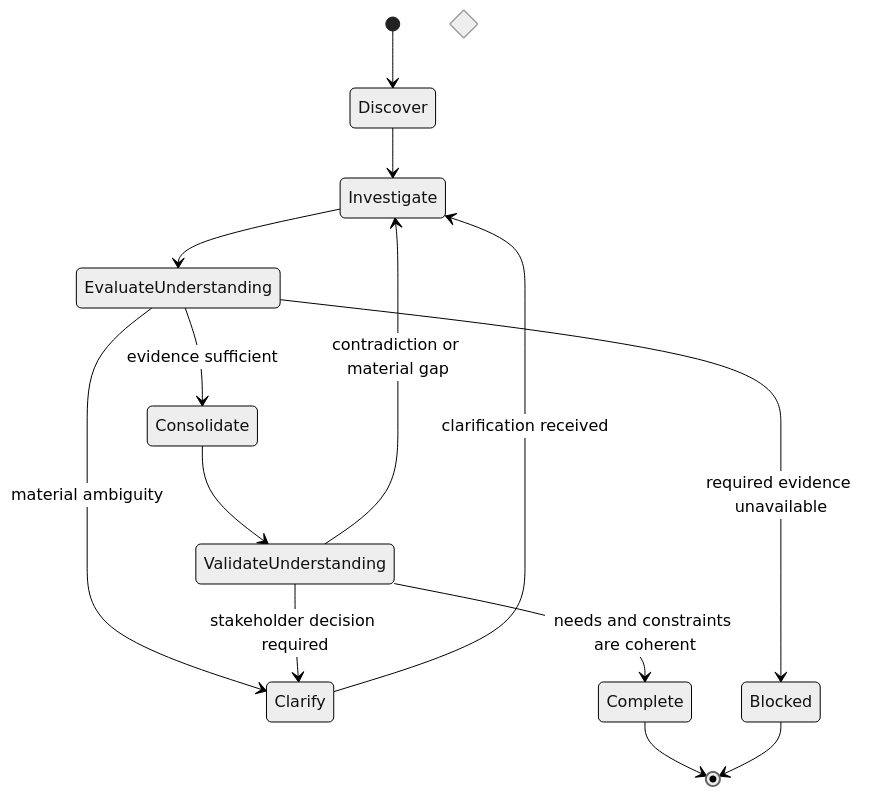
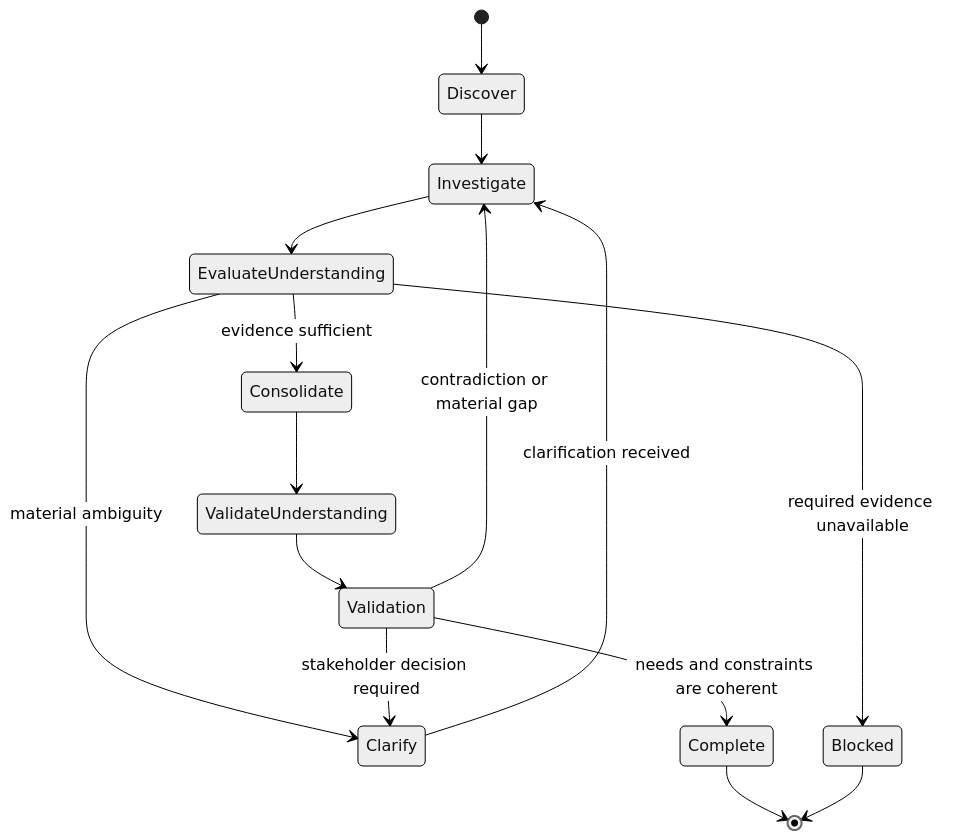
One commit to JadsonLucena/agent-toolkit changed the diagram in contexts/requirements/skills/elicitation/skill.md. Above: the diagram before and after it, drawn with Mermaid (neutral theme).

Commit message:
fix(requirements): route elicitation validation choice

````diff
--- a/contexts/requirements/skills/elicitation/skill.md
+++ b/contexts/requirements/skills/elicitation/skill.md
@@ -14,22 +14,23 @@
 ```mermaid
 stateDiagram-v2
     [*] --> Discover
     Discover --> Investigate
     Investigate --> EvaluateUnderstanding
 
     state EvaluateUnderstanding <<choice>>
     EvaluateUnderstanding --> Clarify: material ambiguity
     EvaluateUnderstanding --> Consolidate: evidence sufficient
     EvaluateUnderstanding --> Blocked: required evidence unavailable
 
     Clarify --> Investigate: clarification received
     Consolidate --> ValidateUnderstanding
+    ValidateUnderstanding --> Validation
 
     state Validation <<choice>>
-    ValidateUnderstanding --> Complete: needs and constraints are coherent
-    ValidateUnderstanding --> Investigate: contradiction or material gap
-    ValidateUnderstanding --> Clarify: stakeholder decision required
+    Validation --> Complete: needs and constraints are coherent
+    Validation --> Investigate: contradiction or material gap
+    Validation --> Clarify: stakeholder decision required
 
     Complete --> [*]
     Blocked --> [*]
 ```
````
